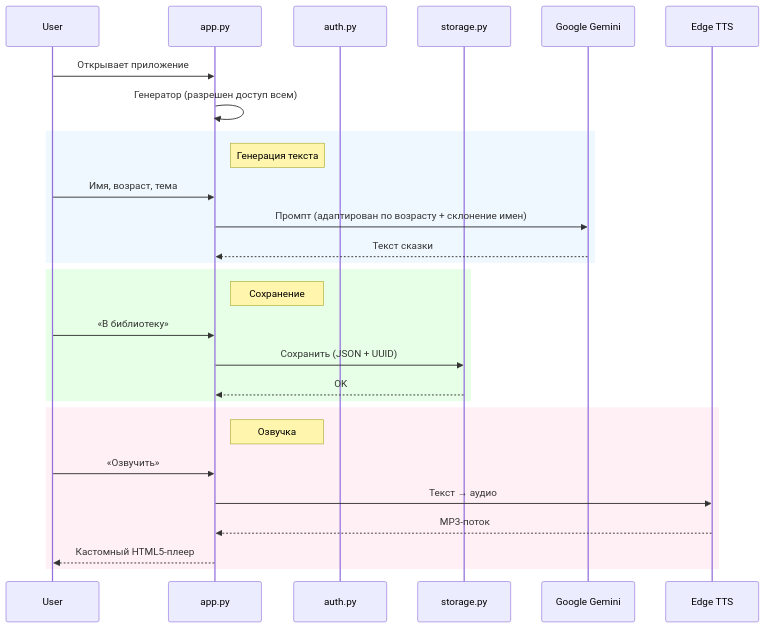
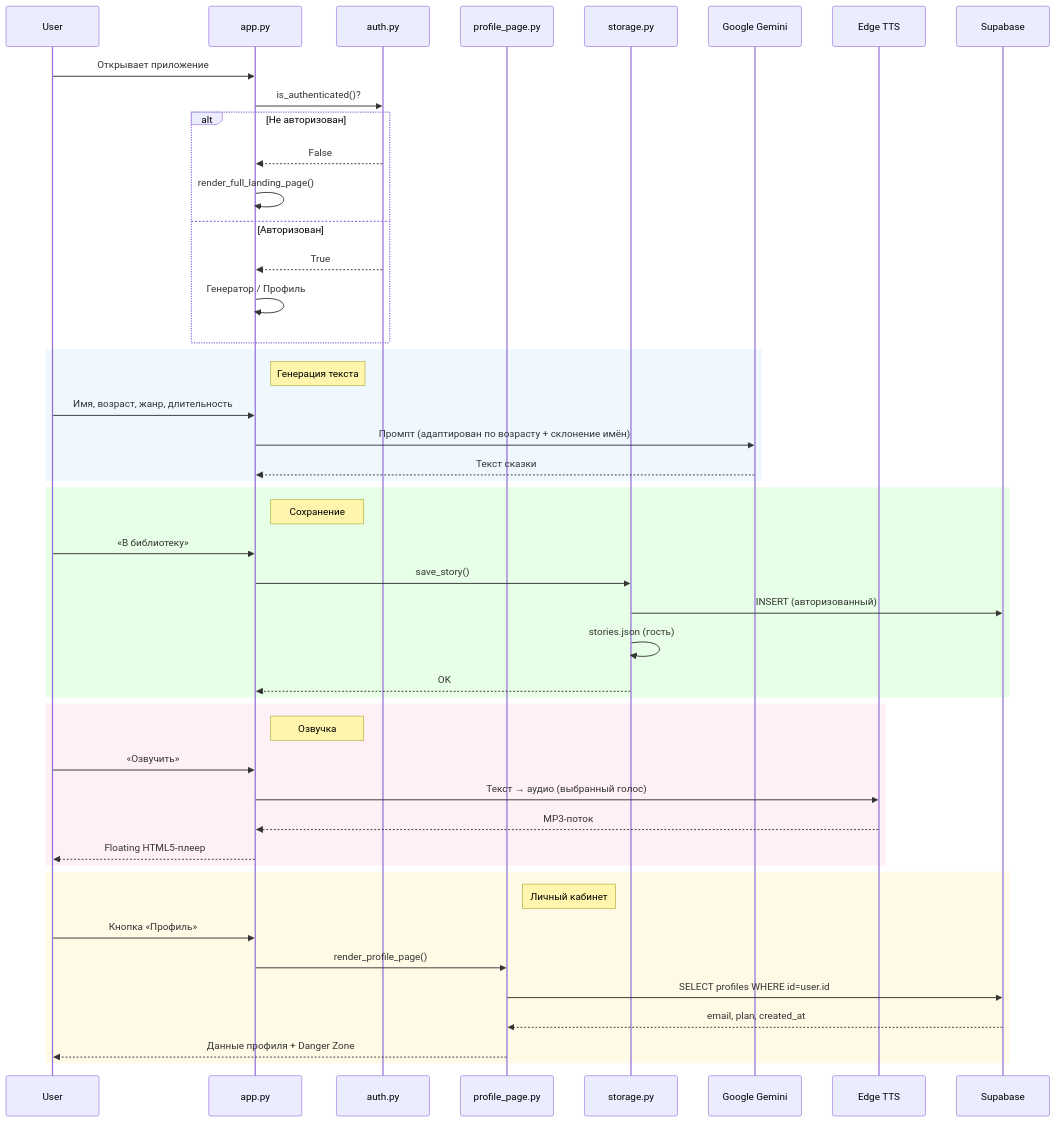
Before and after one commit to sam-nv89/fairy_tale_generator: the diagram in ARCHITECTURE.md, drawn with Mermaid. The commit also changed other lines of this file and 13 other files, not shown here.

Commit message:
Refactor: Sidebar UI, Landing Hero cards fix, Profile i18n and FS cleanup. v3.4

````diff
--- a/ARCHITECTURE.md
+++ b/ARCHITECTURE.md
@@ -43,34 +51,54 @@
 ```mermaid
 sequenceDiagram
     participant User
     participant App as app.py
     participant Auth as auth.py
+    participant Profile as profile_page.py
     participant Storage as storage.py
     participant Gemini as Google Gemini
     participant TTS as Edge TTS
+    participant Supabase
 
     User->>App: Открывает приложение
-    App->>App: Генератор (разрешен доступ всем)
+    App->>Auth: is_authenticated()?
+    alt Не авторизован
+        Auth-->>App: False
+        App->>App: render_full_landing_page()
+    else Авторизован
+        Auth-->>App: True
+        App->>App: Генератор / Профиль
+    end
 
     rect rgb(240, 248, 255)
         note right of App: Генерация текста
-        User->>App: Имя, возраст, тема
-        App->>Gemini: Промпт (адаптирован по возрасту + склонение имен)
+        User->>App: Имя, возраст, жанр, длительность
+        App->>Gemini: Промпт (адаптирован по возрасту + склонение имён)
         Gemini-->>App: Текст сказки
     end
 
     rect rgb(230, 255, 230)
         note right of App: Сохранение
         User->>App: «В библиотеку»
-        App->>Storage: Сохранить (JSON + UUID)
+        App->>Storage: save_story()
+        Storage->>Supabase: INSERT (авторизованный)
+        Storage->>Storage: stories.json (гость)
         Storage-->>App: OK
     end
 
     rect rgb(255, 240, 245)
         note right of App: Озвучка
         User->>App: «Озвучить»
-        App->>TTS: Текст → аудио
+        App->>TTS: Текст → аудио (выбранный голос)
         TTS-->>App: MP3-поток
-        App-->>User: Кастомный HTML5-плеер
+        App-->>User: Floating HTML5-плеер
+    end
+
+    rect rgb(255, 250, 230)
+        note right of Profile: Личный кабинет
+        User->>App: Кнопка «Профиль»
+        App->>Profile: render_profile_page()
+        Profile->>Supabase: SELECT profiles WHERE id=user.id
+        Supabase-->>Profile: email, plan, created_at
+        Profile-->>User: Данные профиля + Danger Zone
     end
 ```
````
